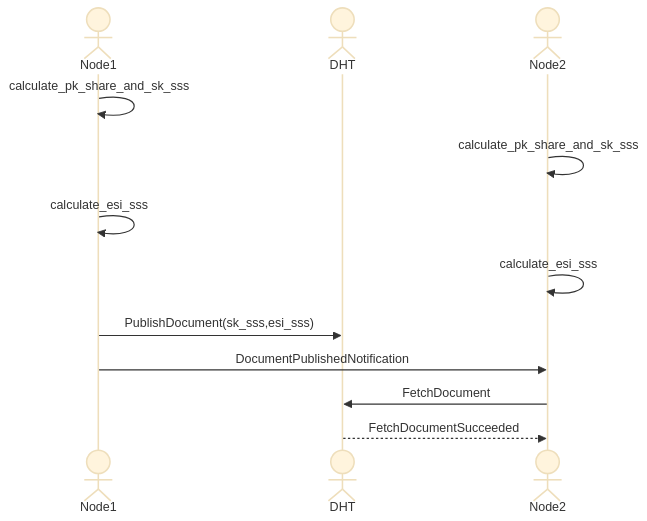
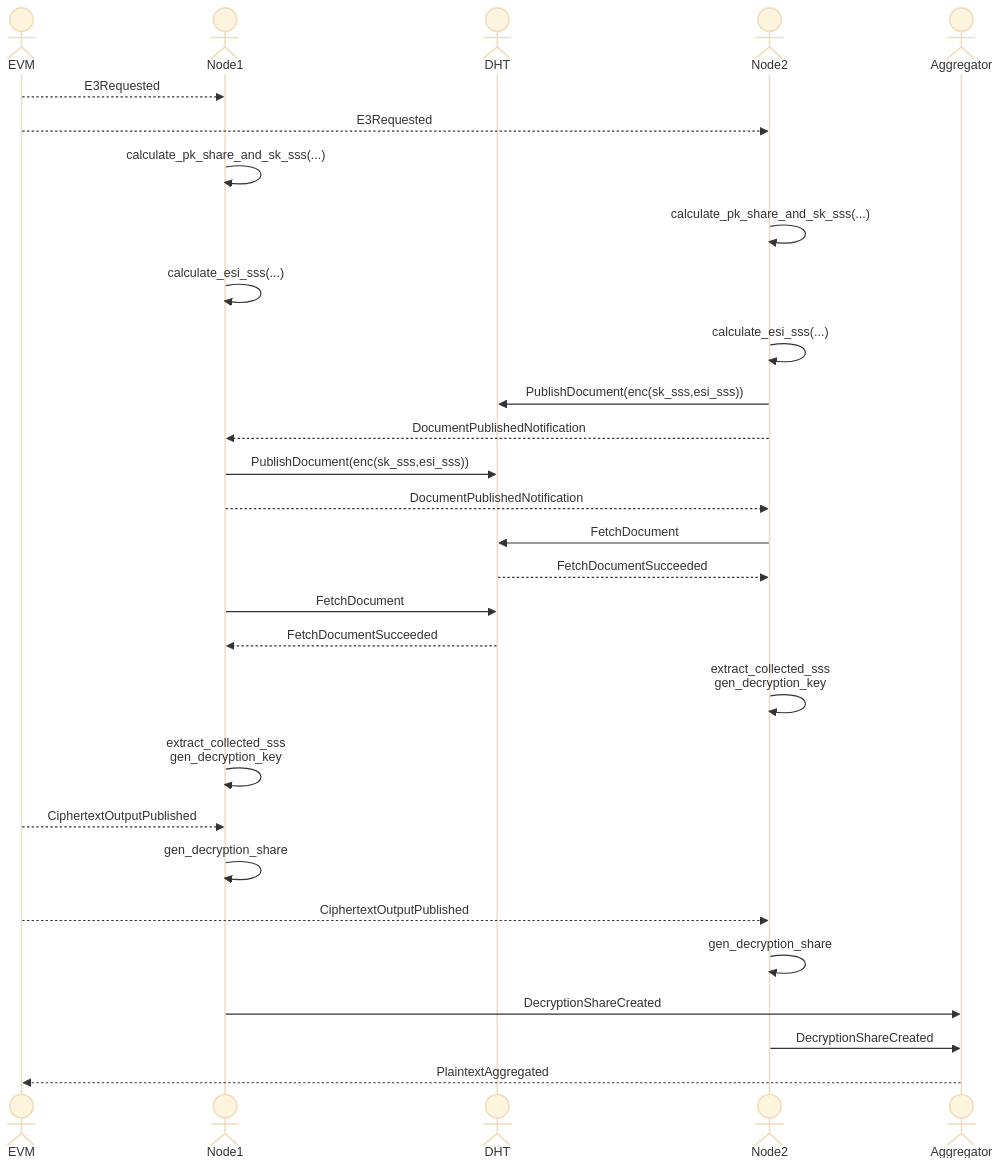
Before and after one commit to gnosisguild/enclave: the diagram in crates/events/node_dht_dkg.mmd, drawn with Mermaid (base theme). The commit also changed other lines of this file, not shown here.

Commit message:
feat: update diagram

````diff
--- a/crates/events/node_dht_dkg.mmd
+++ b/crates/events/node_dht_dkg.mmd
@@ -1,16 +1,30 @@
-```mermaid
 sequenceDiagram
-        actor Node1
-        actor DHT
-        actor Node2
-        
-        Node1->>Node1: calculate_pk_share_and_sk_sss
-        Node2->>Node2: calculate_pk_share_and_sk_sss
-        Node1->>Node1: calculate_esi_sss
-        Node2->>Node2: calculate_esi_sss
-        Node1->>DHT: PublishDocument(sk_sss,esi_sss)
-        Node1->>Node2: DocumentPublishedNotification
-        Node2->>DHT: FetchDocument
-        DHT-->>Node2: FetchDocumentSucceeded
-        
-```
+  actor EVM
+  actor Node1
+  actor DHT 
+  actor Node2 
+  actor Agg as Aggregator
+
+  EVM -->> Node1: E3Requested
+  EVM -->> Node2: E3Requested
+  Node1 ->> Node1: calculate_pk_share_and_sk_sss(...)
+  Node2 ->> Node2: calculate_pk_share_and_sk_sss(...)
+  Node1 ->> Node1: calculate_esi_sss(...)
+  Node2 ->> Node2: calculate_esi_sss(...)
+  Node2 ->> DHT: PublishDocument(enc(sk_sss,esi_sss))
+  Node2 -->> Node1: DocumentPublishedNotification
+  Node1 ->> DHT: PublishDocument(enc(sk_sss,esi_sss))
+  Node1 -->> Node2: DocumentPublishedNotification
+  Node2 ->> DHT: FetchDocument
+  DHT -->> Node2: FetchDocumentSucceeded
+  Node1 ->> DHT: FetchDocument
+  DHT -->> Node1: FetchDocumentSucceeded
+  Node2 ->> Node2: extract_collected_sss <br/> gen_decryption_key
+  Node1 ->> Node1: extract_collected_sss <br/> gen_decryption_key
+  EVM -->> Node1: CiphertextOutputPublished
+  Node1 ->> Node1: gen_decryption_share
+  EVM -->> Node2: CiphertextOutputPublished
+  Node2 ->> Node2: gen_decryption_share
+  Node1 ->> Agg: DecryptionShareCreated
+  Node2 ->> Agg: DecryptionShareCreated
+  Agg -->> EVM: PlaintextAggregated
````
